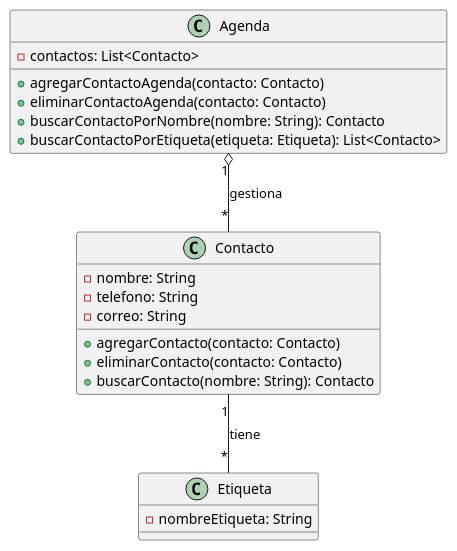
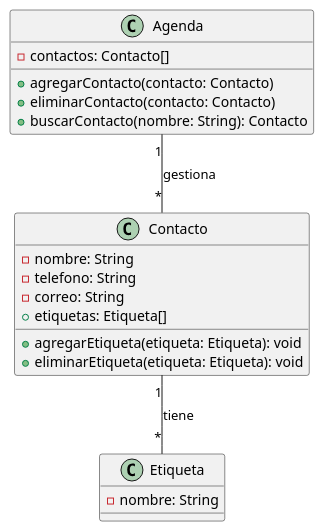
One commit to pablodmconti/PII-Repartido5 changed the diagram in src/Ejercicio1/Ejercicio1.puml. Above: the diagram before and after it, drawn with PlantUML. The commit also changed 9 other files, not shown here.

```diff
--- a/src/Ejercicio1/Ejercicio1.puml
+++ b/src/Ejercicio1/Ejercicio1.puml
@@ -1,29 +1,28 @@
 @startuml
 'https://plantuml.com/class-diagram
 
 class Contacto {
   - nombre: String
   - telefono: String
   - correo: String
+  + etiquetas: Etiqueta[]
+  +agregarEtiqueta(etiqueta: Etiqueta): void
+  +eliminarEtiqueta(etiqueta: Etiqueta): void
+}
+
+class Agenda {
+  - contactos: Contacto[]
   + agregarContacto(contacto: Contacto)
   + eliminarContacto(contacto: Contacto)
   + buscarContacto(nombre: String): Contacto
 }
 
 class Etiqueta {
-  - nombreEtiqueta: String
-}
-
-class Agenda {
-  - contactos: List<Contacto>
-  + agregarContactoAgenda(contacto: Contacto)
-  + eliminarContactoAgenda(contacto: Contacto)
-  + buscarContactoPorNombre(nombre: String): Contacto
-  + buscarContactoPorEtiqueta(etiqueta: Etiqueta): List<Contacto>
+  - nombre: String
 }
 
 ' --- Relaciones ---
 Contacto "1" -- "*" Etiqueta : tiene
-Agenda "1" o-- "*" Contacto : gestiona
+Agenda "1" -- "*" Contacto : gestiona
 
 @enduml
```
